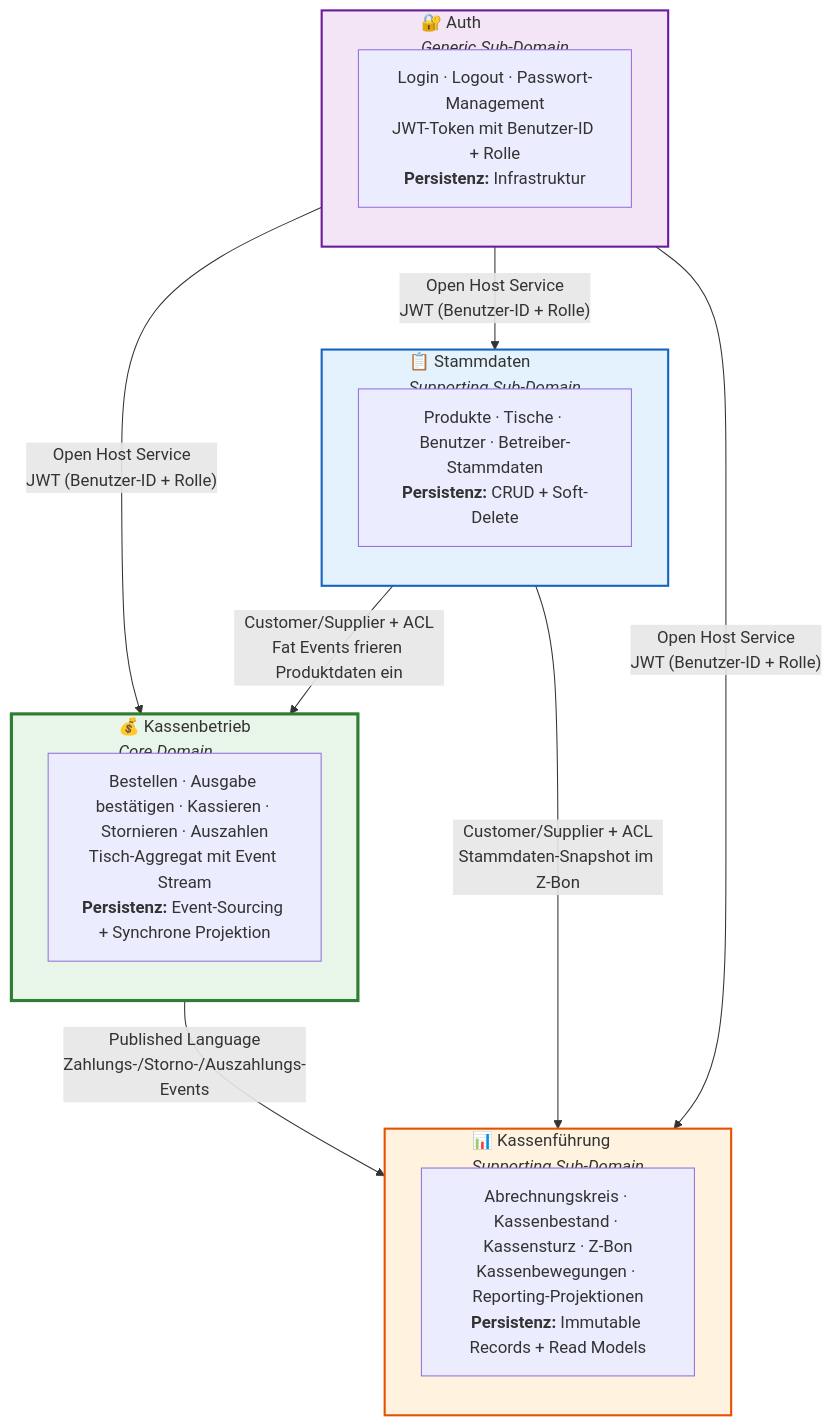
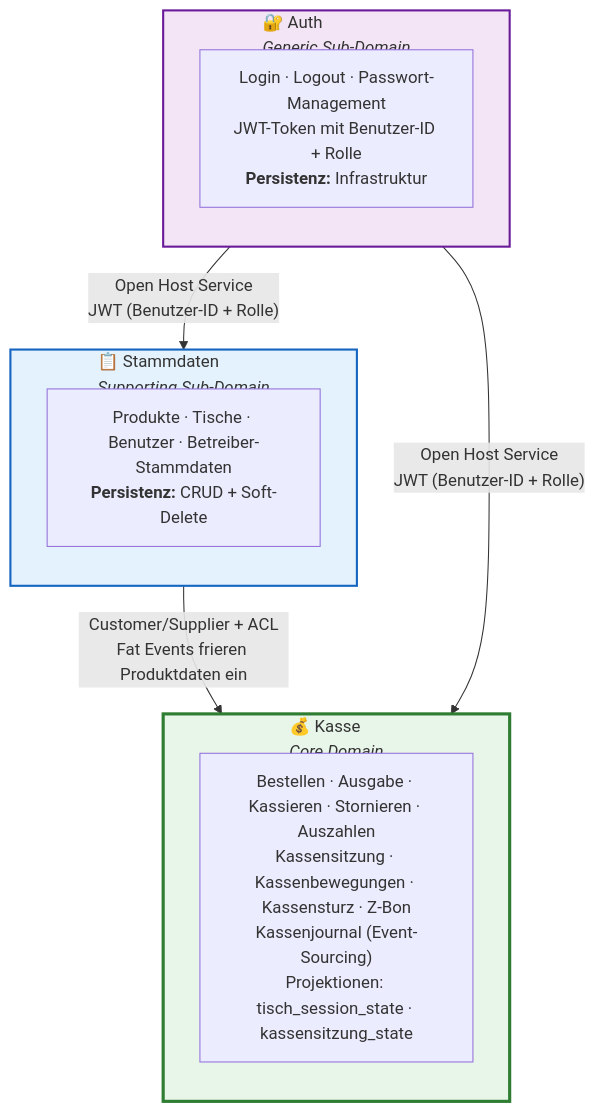
One commit to nicograef/jotti changed the second of 19 diagrams in docs/diagrams.md. Above: the diagram before and after it, drawn with Mermaid. The commit also changed other lines of this file and 16 other files, not shown here.

````diff
--- a/docs/diagrams.md
+++ b/docs/diagrams.md
@@ -67,34 +67,25 @@
 ```mermaid
 graph TB
     subgraph auth ["🔐 Auth<br/><i>Generic Sub-Domain</i>"]
         direction TB
         auth_desc["Login · Logout · Passwort-Management<br/>JWT-Token mit Benutzer-ID + Rolle<br/><b>Persistenz:</b> Infrastruktur"]
     end
 
     subgraph stammdaten ["📋 Stammdaten<br/><i>Supporting Sub-Domain</i>"]
         direction TB
         stamm_desc["Produkte · Tische · Benutzer · Betreiber-Stammdaten<br/><b>Persistenz:</b> CRUD + Soft-Delete"]
     end
 
-    subgraph kassenbetrieb ["💰 Kassenbetrieb<br/><i>Core Domain</i>"]
+    subgraph kasse ["💰 Kasse<br/><i>Core Domain</i>"]
         direction TB
-        kassen_desc["Bestellen · Ausgabe bestätigen · Kassieren · Stornieren · Auszahlen<br/>Tisch-Aggregat mit Event Stream<br/><b>Persistenz:</b> Event-Sourcing + Synchrone Projektion"]
+        kasse_desc["Bestellen · Ausgabe · Kassieren · Stornieren · Auszahlen<br/>Kassensitzung · Kassenbewegungen · Kassensturz · Z-Bon<br/>Kassenjournal (Event-Sourcing)<br/>Projektionen: tisch_session_state · kassensitzung_state"]
     end
 
-    subgraph kassenfuehrung ["📊 Kassenführung<br/><i>Supporting Sub-Domain</i>"]
-        direction TB
-        fuehr_desc["Abrechnungskreis · Kassenbestand · Kassensturz · Z-Bon<br/>Kassenbewegungen · Reporting-Projektionen<br/><b>Persistenz:</b> Immutable Records + Read Models"]
-    end
+    stammdaten -->|"Customer/Supplier + ACL<br/>Fat Events frieren Produktdaten ein"| kasse
+    auth -->|"Open Host Service<br/>JWT (Benutzer-ID + Rolle)"| kasse
+    auth -->|"Open Host Service<br/>JWT (Benutzer-ID + Rolle)"| stammdaten
 
-    stammdaten -->|"Customer/Supplier + ACL<br/>Fat Events frieren Produktdaten ein"| kassenbetrieb
-    kassenbetrieb -->|"Published Language<br/>Zahlungs-/Storno-/Auszahlungs-Events"| kassenfuehrung
-    stammdaten -->|"Customer/Supplier + ACL<br/>Stammdaten-Snapshot im Z-Bon"| kassenfuehrung
-    auth -->|"Open Host Service<br/>JWT (Benutzer-ID + Rolle)"| kassenbetrieb
-    auth -->|"Open Host Service<br/>JWT (Benutzer-ID + Rolle)"| stammdaten
-    auth -->|"Open Host Service<br/>JWT (Benutzer-ID + Rolle)"| kassenfuehrung
-
-    style kassenbetrieb fill:#e8f5e9,stroke:#2e7d32,stroke-width:3px
+    style kasse fill:#e8f5e9,stroke:#2e7d32,stroke-width:3px
     style stammdaten fill:#e3f2fd,stroke:#1565c0,stroke-width:2px
-    style kassenfuehrung fill:#fff3e0,stroke:#e65100,stroke-width:2px
     style auth fill:#f3e5f5,stroke:#6a1b9a,stroke-width:2px
 ```
````
